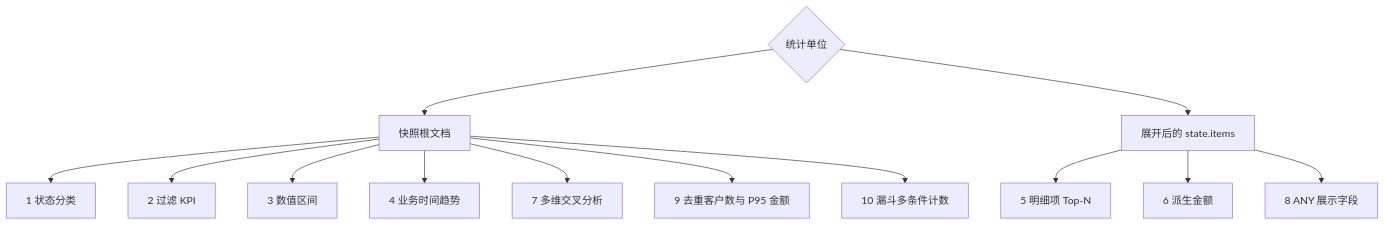
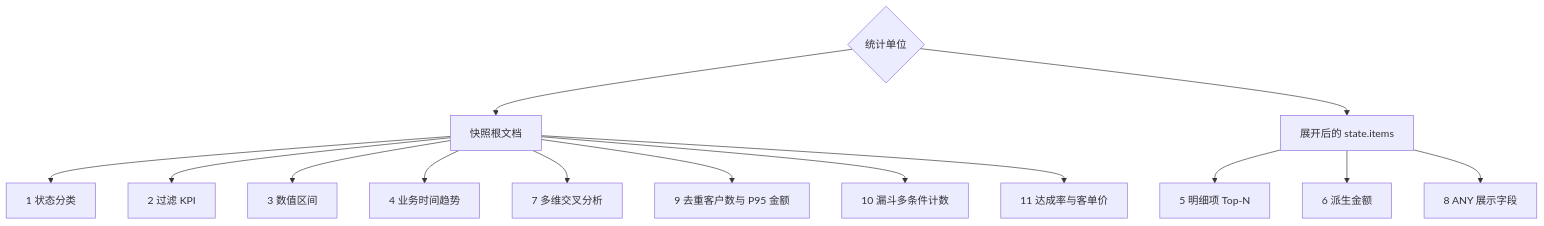
Before and after one commit to Ahoo-Wang/Wow: the diagram in documentation/docs/zh/guide/query/snapshot-aggregation.md, drawn with Mermaid. The commit also changed other lines of this file and 25 other files, not shown here.

````diff
--- a/documentation/docs/zh/guide/query/snapshot-aggregation.md
+++ b/documentation/docs/zh/guide/query/snapshot-aggregation.md
@@ -26,15 +26,16 @@
 ```mermaid
 flowchart TB
     Unit{"统计单位"} --> Root["快照根文档"]
     Unit --> Item["展开后的 state.items"]
     Root --> S1["1 状态分类"]
     Root --> S2["2 过滤 KPI"]
     Root --> S3["3 数值区间"]
     Root --> S4["4 业务时间趋势"]
     Root --> S7["7 多维交叉分析"]
     Root --> S9["9 去重客户数与 P95 金额"]
     Root --> S10["10 漏斗多条件计数"]
+    Root --> S11["11 达成率与客单价"]
     Item --> S5["5 明细项 Top-N"]
     Item --> S6["6 派生金额"]
     Item --> S8["8 ANY 展示字段"]
 ```
````
